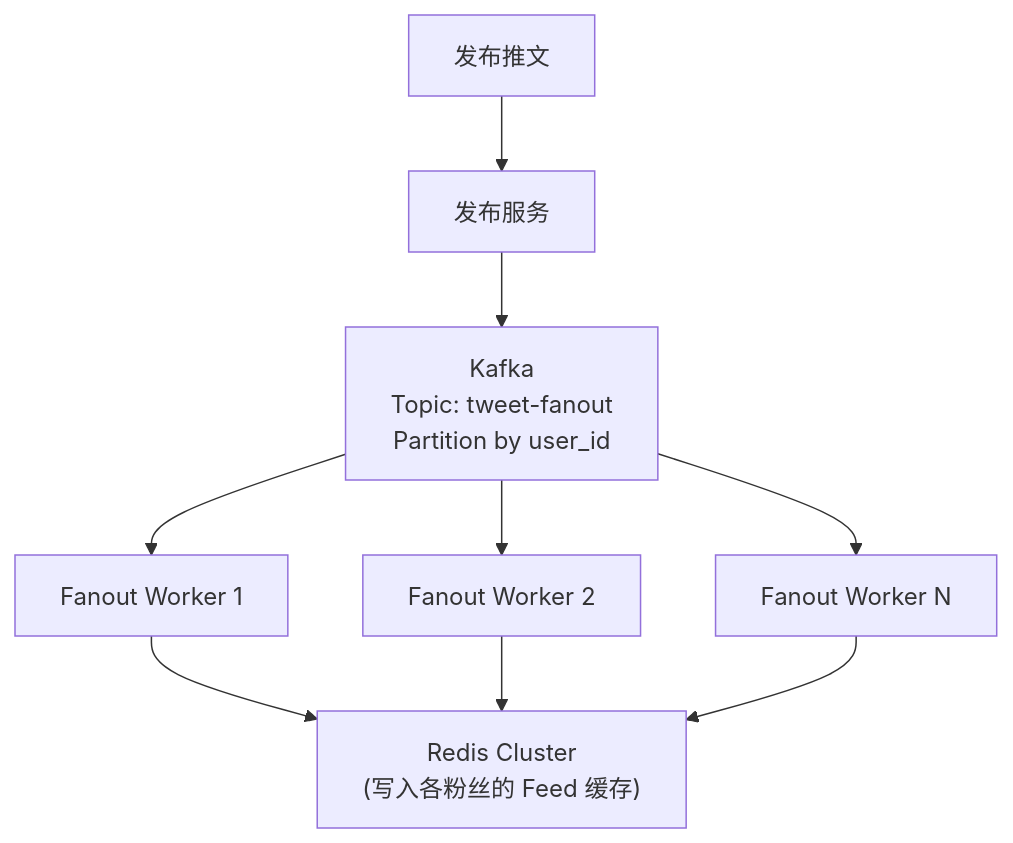
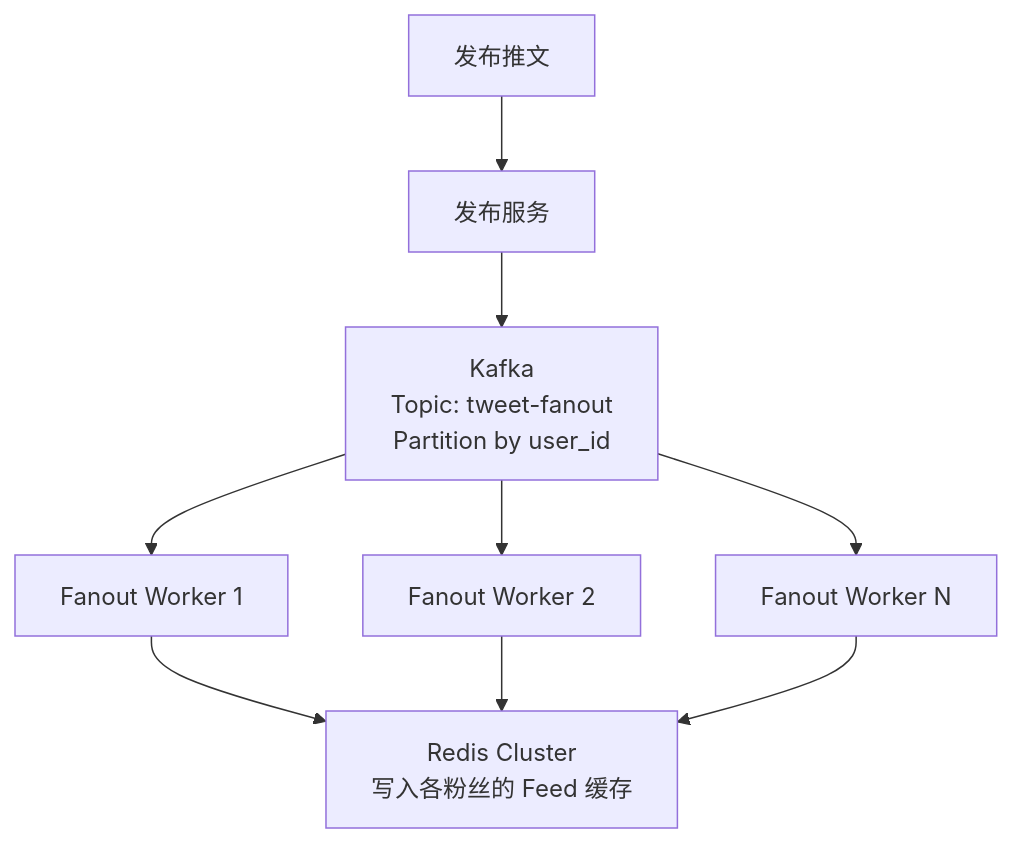
The fifth of 6 diagrams in content/articles/system-design/sd-11-新闻Feed系统设计.md (jpixy/jpixy.github.io), drawn with Mermaid before and after one commit. The commit also changed other lines of this file and 66 other files, not shown here.

Commit message:
fix: resolve Mermaid syntax errors by removing parentheses in node labels

````diff
--- a/content/articles/system-design/sd-11-新闻Feed系统设计.md
+++ b/content/articles/system-design/sd-11-新闻Feed系统设计.md
@@ -200,11 +200,11 @@
 ```mermaid
 graph TB
     Publish["发布推文"] --> Service["发布服务"]
     Service --> Kafka["Kafka<br/>Topic: tweet-fanout<br/>Partition by user_id"]
     Kafka --> W1["Fanout Worker 1"]
     Kafka --> W2["Fanout Worker 2"]
     Kafka --> WN["Fanout Worker N"]
-    W1 --> Redis["Redis Cluster<br/>(写入各粉丝的 Feed 缓存)"]
+    W1 --> Redis["Redis Cluster<br/>写入各粉丝的 Feed 缓存"]
     W2 --> Redis
     WN --> Redis
 ```
````
